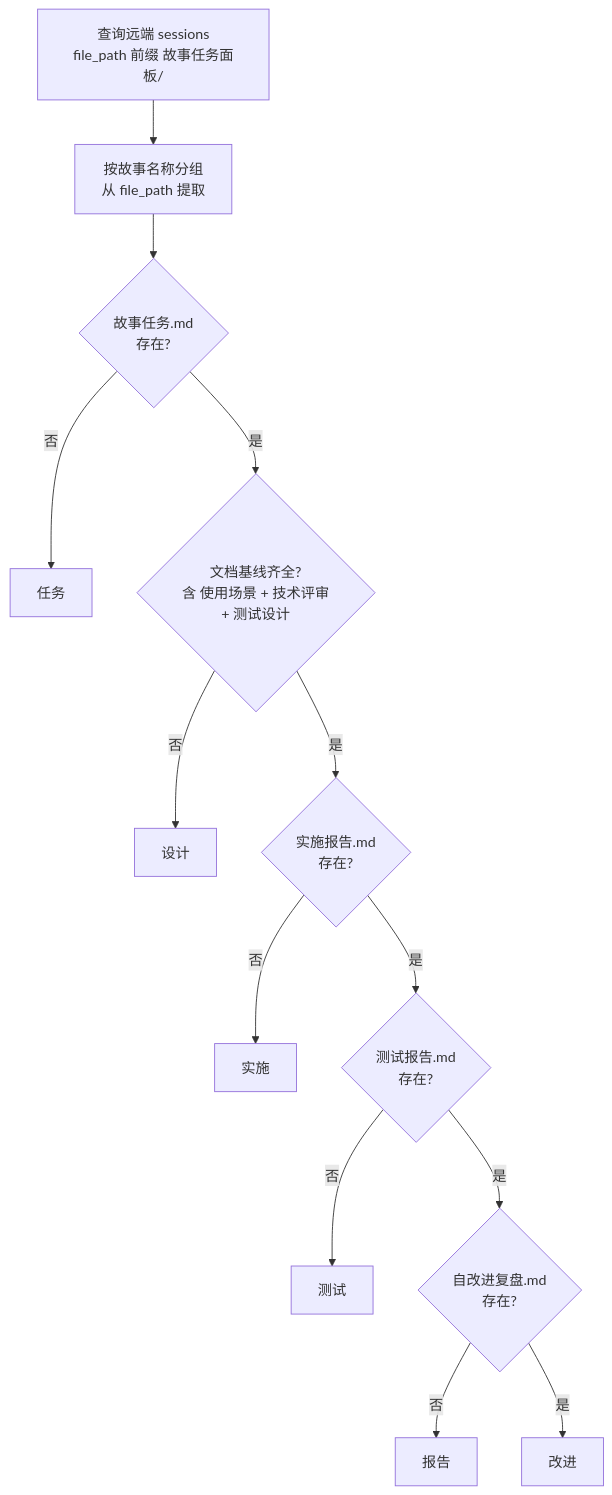
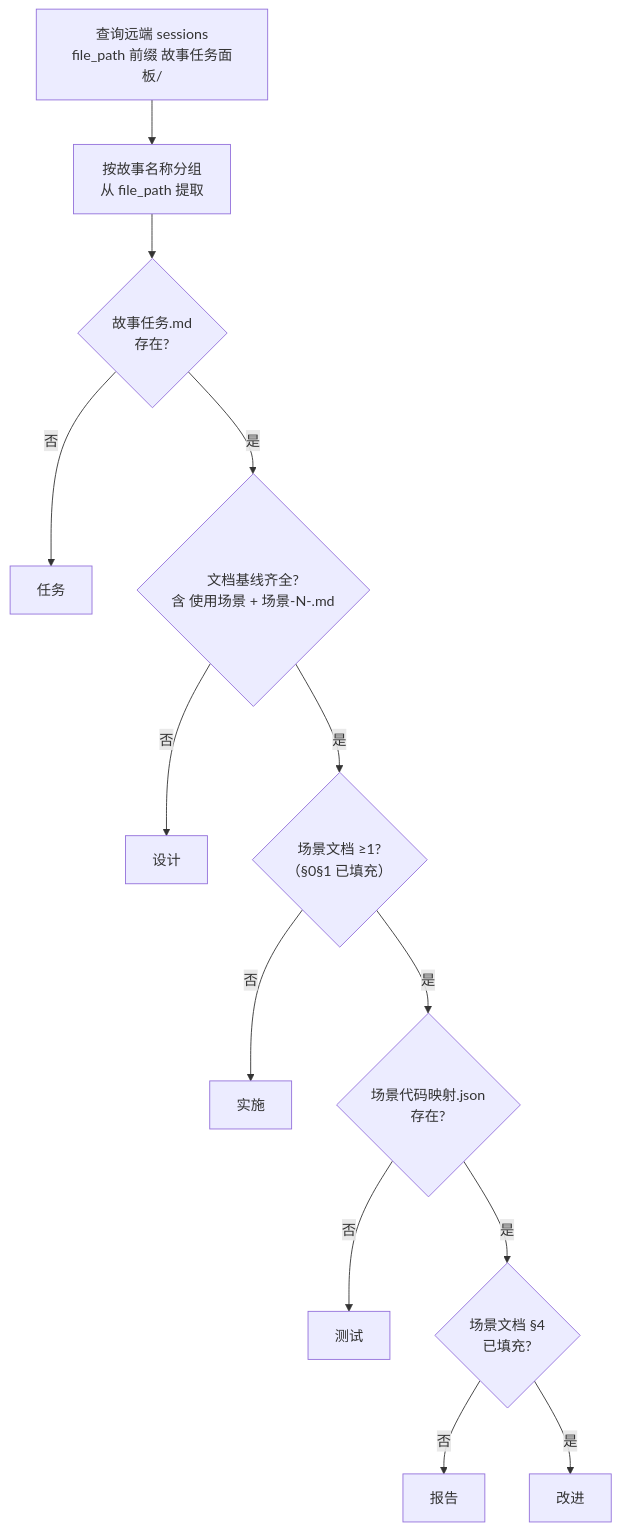
The fourth of 12 diagrams in skills/rui-story/SKILL.md (effiy/YrY), drawn with Mermaid before and after one commit. The commit also changed other lines of this file and 28 other files, not shown here.

````diff
--- a/skills/rui-story/SKILL.md
+++ b/skills/rui-story/SKILL.md
@@ -99,16 +99,16 @@
 ```mermaid
 flowchart TD
     START["查询远端 sessions<br/>file_path 前缀 故事任务面板/"]:::s --> GROUP["按故事名称分组<br/>从 file_path 提取"]:::s
     GROUP --> CHK01{"故事任务.md<br/>存在?"}
     CHK01 -->|"否"| NS["任务"]:::s0
-    CHK01 -->|"是"| CHKDOC{"文档基线齐全?<br/>含 使用场景 + 技术评审<br/>+ 测试设计"}
+    CHK01 -->|"是"| CHKDOC{"文档基线齐全?<br/>含 使用场景 + 场景-N-<slug>.md"}
     CHKDOC -->|"否"| DIP["设计"]:::s1
-    CHKDOC -->|"是"| CHKIMP{"实施报告.md<br/>存在?"}
+    CHKDOC -->|"是"| CHKIMP{"场景文档 ≥1?<br/>（§0§1 已填充）"}
     CHKIMP -->|"否"| IMP["实施"]:::s2
-    CHKIMP -->|"是"| CHKVER{"测试报告.md<br/>存在?"}
+    CHKIMP -->|"是"| CHKVER{"场景代码映射.json<br/>存在?"}
     CHKVER -->|"否"| TST["测试"]:::s3
-    CHKVER -->|"是"| CHKRET{"自改进复盘.md<br/>存在?"}
+    CHKVER -->|"是"| CHKRET{"场景文档 §4<br/>已填充?"}
     CHKRET -->|"否"| RPT["报告"]:::s4
     CHKRET -->|"是"| IMPV["改进"]:::s5
 
 ```
````
